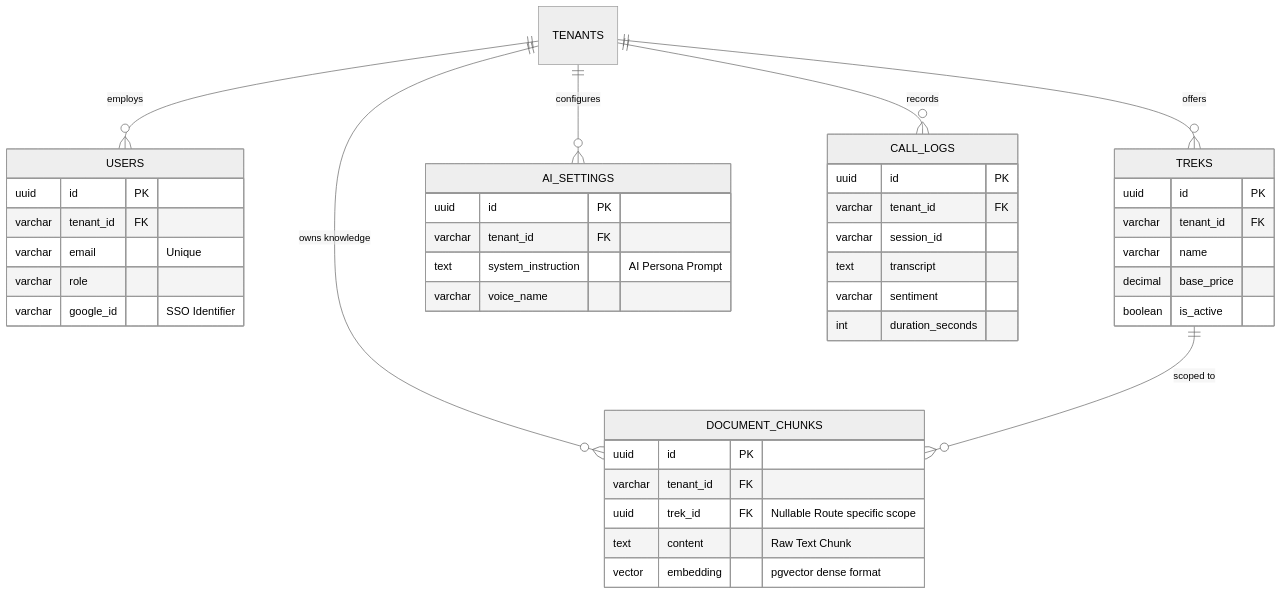
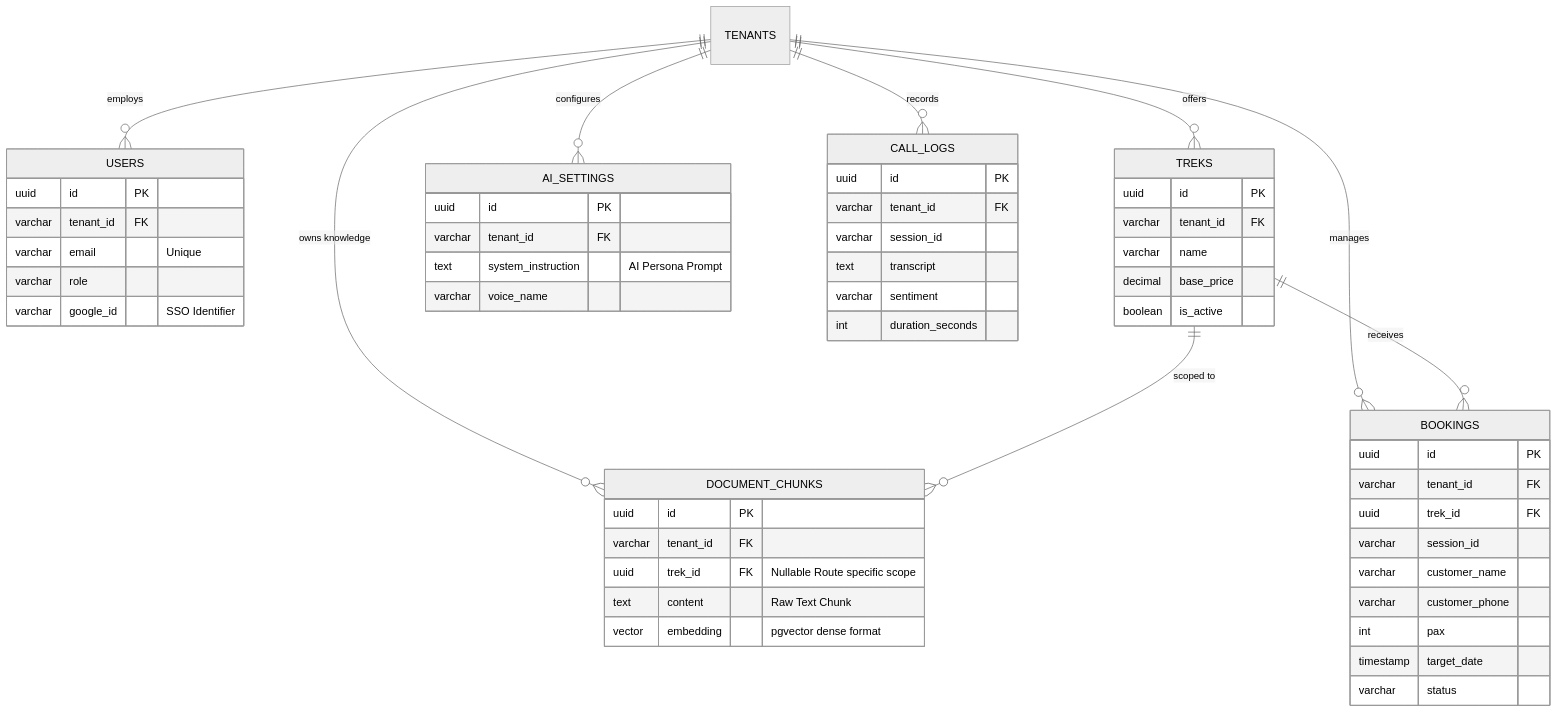
The diagram in trekdesk-backend-prod/docs/05_Database_Schema.md (udaaraSH23/TrekDeskAI), drawn with Mermaid (neutral theme) before and after one commit. The commit also changed other lines of this file and 73 other files, not shown here.

````diff
--- a/trekdesk-backend-prod/docs/05_Database_Schema.md
+++ b/trekdesk-backend-prod/docs/05_Database_Schema.md
@@ -11,50 +11,64 @@
 ```mermaid
 erDiagram
     TENANTS ||--o{ USERS : "employs"
     TENANTS ||--o{ TREKS : "offers"
     TENANTS ||--o{ AI_SETTINGS : "configures"
     TENANTS ||--o{ CALL_LOGS : "records"
     TENANTS ||--o{ DOCUMENT_CHUNKS : "owns knowledge"
+    TENANTS ||--o{ BOOKINGS : "manages"
 
     TREKS ||--o{ DOCUMENT_CHUNKS : "scoped to"
+    TREKS ||--o{ BOOKINGS : "receives"
 
     USERS {
         uuid id PK
         varchar tenant_id FK
         varchar email "Unique"
         varchar role
         varchar google_id "SSO Identifier"
     }
 
     TREKS {
         uuid id PK
         varchar tenant_id FK
         varchar name
         decimal base_price
         boolean is_active
     }
 
     AI_SETTINGS {
         uuid id PK
         varchar tenant_id FK
         text system_instruction "AI Persona Prompt"
         varchar voice_name
     }
 
     DOCUMENT_CHUNKS {
         uuid id PK
         varchar tenant_id FK
         uuid trek_id FK "Nullable Route specific scope"
         text content "Raw Text Chunk"
         vector embedding "pgvector dense format"
     }
 
     CALL_LOGS {
         uuid id PK
         varchar tenant_id FK
         varchar session_id
         text transcript
         varchar sentiment
         int duration_seconds
     }
+
+    BOOKINGS {
+        uuid id PK
+        varchar tenant_id FK
+        uuid trek_id FK
+        varchar session_id
+        varchar customer_name
+        varchar customer_phone
+        int pax
+        timestamp target_date
+        varchar status
+    }
 ```
````
